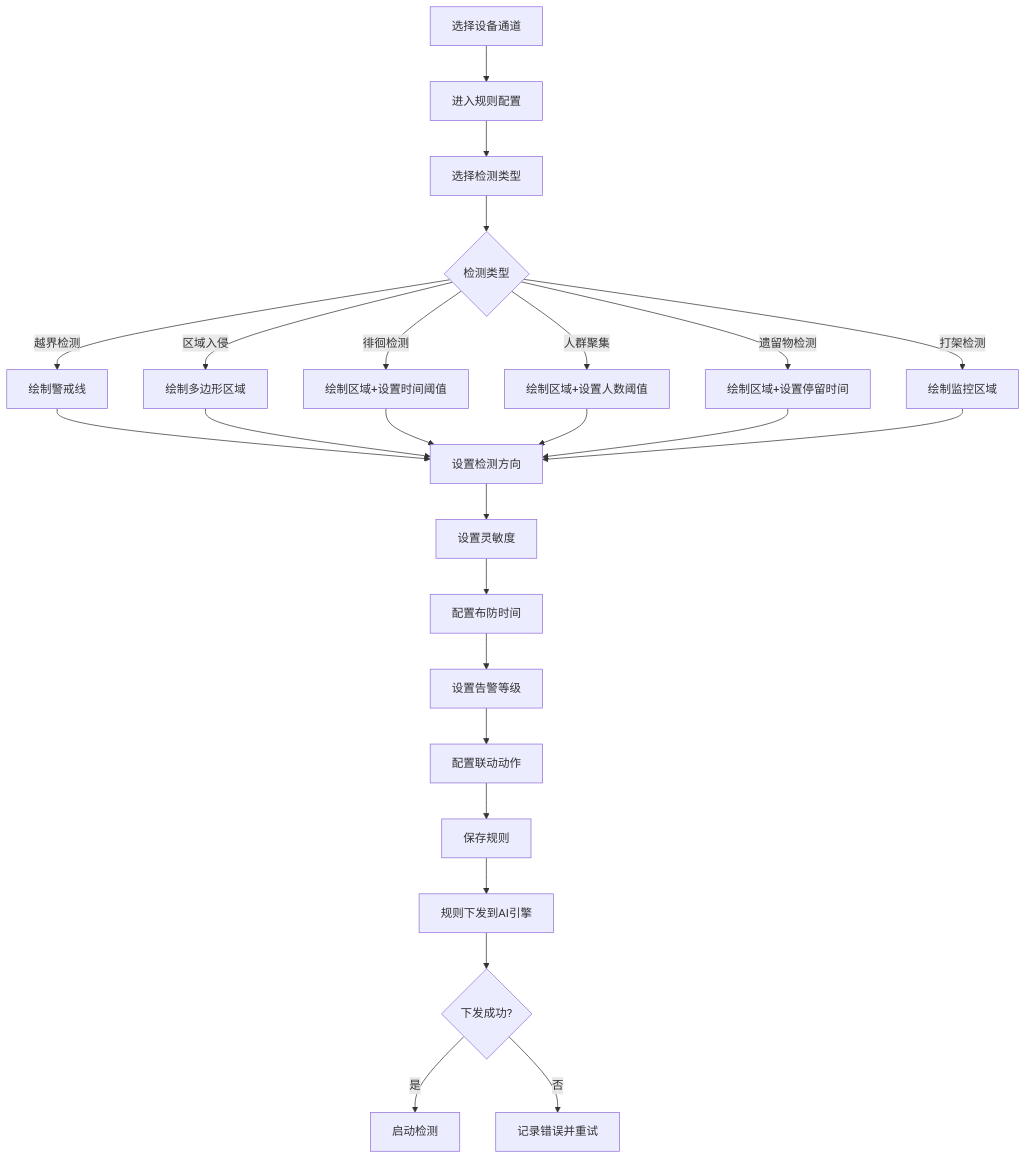
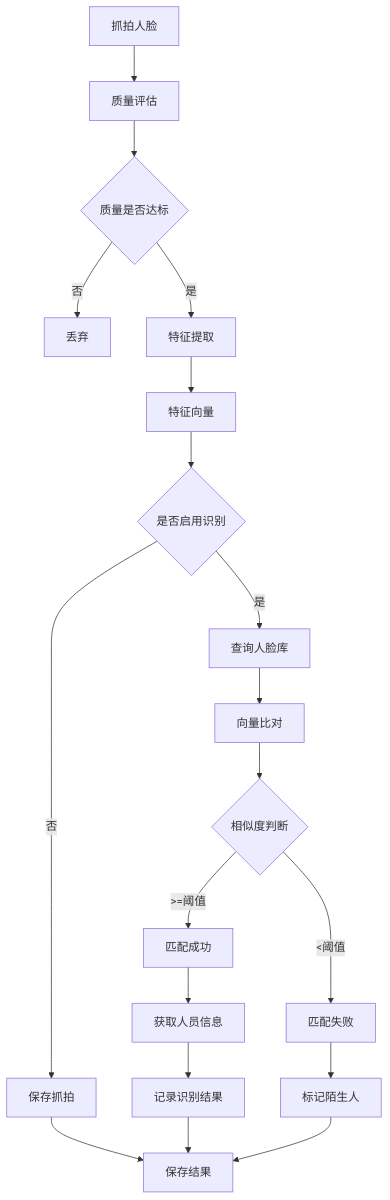
Before and after one commit to wilson323/IOE-DREAMfornew: the second of 5 diagrams in documentation/业务模块/05-视频管理模块/04-行为分析/业务流程图.md, drawn with Mermaid. The commit also changed other lines of this file and 8 other files, not shown here.

````diff
--- a/documentation/业务模块/05-视频管理模块/04-行为分析/业务流程图.md
+++ b/documentation/业务模块/05-视频管理模块/04-行为分析/业务流程图.md
@@ -87,30 +35,21 @@
 ```mermaid
 flowchart TD
-    A[选择设备通道] --> B[进入规则配置]
-    B --> C[选择检测类型]
-    
-    C --> D{检测类型}
-    D -->|越界检测| E[绘制警戒线]
-    D -->|区域入侵| F[绘制多边形区域]
-    D -->|徘徊检测| G[绘制区域+设置时间阈值]
-    D -->|人群聚集| H[绘制区域+设置人数阈值]
-    D -->|遗留物检测| I[绘制区域+设置停留时间]
-    D -->|打架检测| J[绘制监控区域]
-    
-    E --> K[设置检测方向]
-    F --> K
-    G --> K
-    H --> K
-    I --> K
-    J --> K
-    
-    K --> L[设置灵敏度]
-    L --> M[配置布防时间]
-    M --> N[设置告警等级]
-    N --> O[配置联动动作]
-    O --> P[保存规则]
-    P --> Q[规则下发到AI引擎]
-    Q --> R{下发成功?}
-    R -->|是| S[启动检测]
-    R -->|否| T[记录错误并重试]
+    A[抓拍人脸] --> B[质量评估]
+    B --> C{质量是否达标}
+    C -->|否| D[丢弃]
+    C -->|是| E[特征提取]
+    E --> F[特征向量]
+    F --> G{是否启用识别}
+    G -->|否| H[保存抓拍]
+    G -->|是| I[查询人脸库]
+    I --> J[向量比对]
+    J --> K{相似度判断}
+    K -->|>=阈值| L[匹配成功]
+    K -->|<阈值| M[匹配失败]
+    L --> N[获取人员信息]
+    N --> O[记录识别结果]
+    M --> P[标记陌生人]
+    H --> Q[保存结果]
+    O --> Q
+    P --> Q
 ```
````
